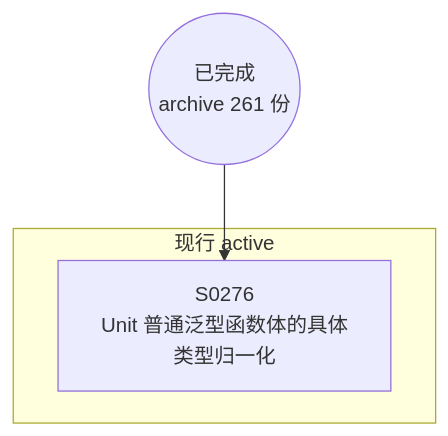
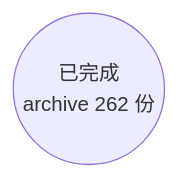
The diagram in docs/specs/dependency-graph.md (Halckon/Koven), drawn with Mermaid before and after one commit. The commit also changed other lines of this file and 117 other files, not shown here.

````diff
--- a/docs/specs/dependency-graph.md
+++ b/docs/specs/dependency-graph.md
@@ -9,8 +9,4 @@
 ```mermaid
 flowchart TD
-ARCH(("已完成<br/>archive 261 份"))
-subgraph Gactive["现行 active"]
-  S0276["S0276<br/>Unit 普通泛型函数体的具体类型归一化"]
-end
-ARCH --> S0276
+ARCH(("已完成<br/>archive 262 份"))
 ```
````
